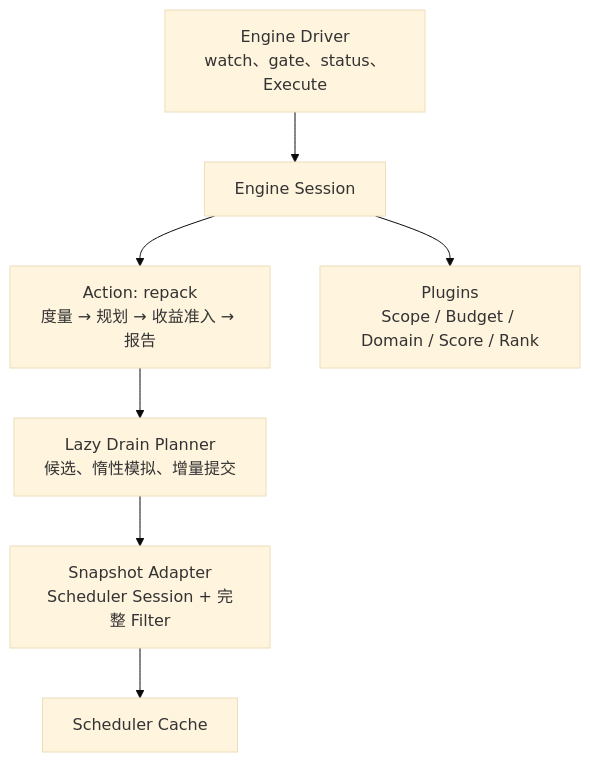
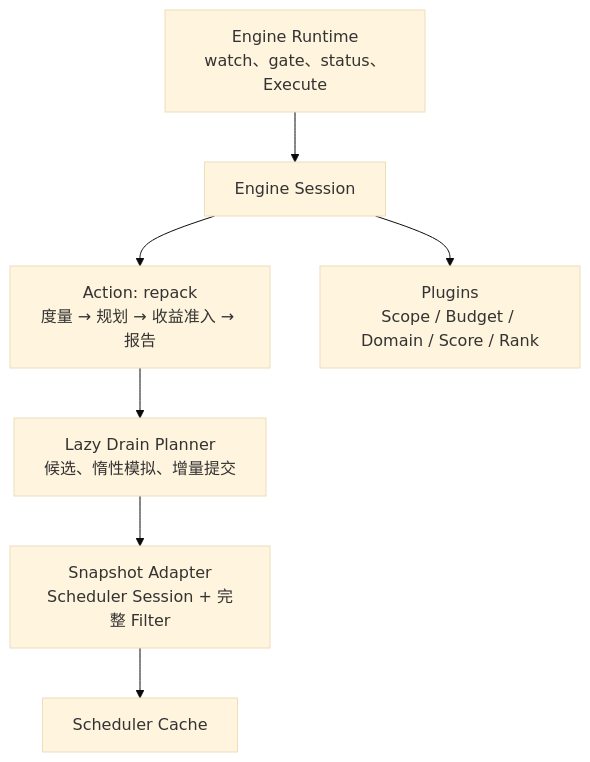
One commit to wangyang0616/volcano changed the second of 6 diagrams in docs/design/repack-design.md. Above: the diagram before and after it, drawn with Mermaid (base theme). The commit also changed other lines of this file and 82 other files, not shown here.

Commit message:
refactor(repack): reorganize engine runtime

````diff
--- a/docs/design/repack-design.md
+++ b/docs/design/repack-design.md
@@ -60,9 +60,9 @@
 ```mermaid
 flowchart TB
-    D["Engine Driver\nwatch、gate、status、Execute"] --> S["Engine Session"]
+    D["Engine Runtime\nwatch、gate、status、Execute"] --> S["Engine Session"]
     S --> A["Action: repack\n度量 → 规划 → 收益准入 → 报告"]
     S --> P["Plugins\nScope / Budget / Domain / Score / Rank"]
     A --> L["Lazy Drain Planner\n候选、惰性模拟、增量提交"]
     L --> SA["Snapshot Adapter\nScheduler Session + 完整 Filter"]
     SA --> SC["Scheduler Cache"]
 ```
````
